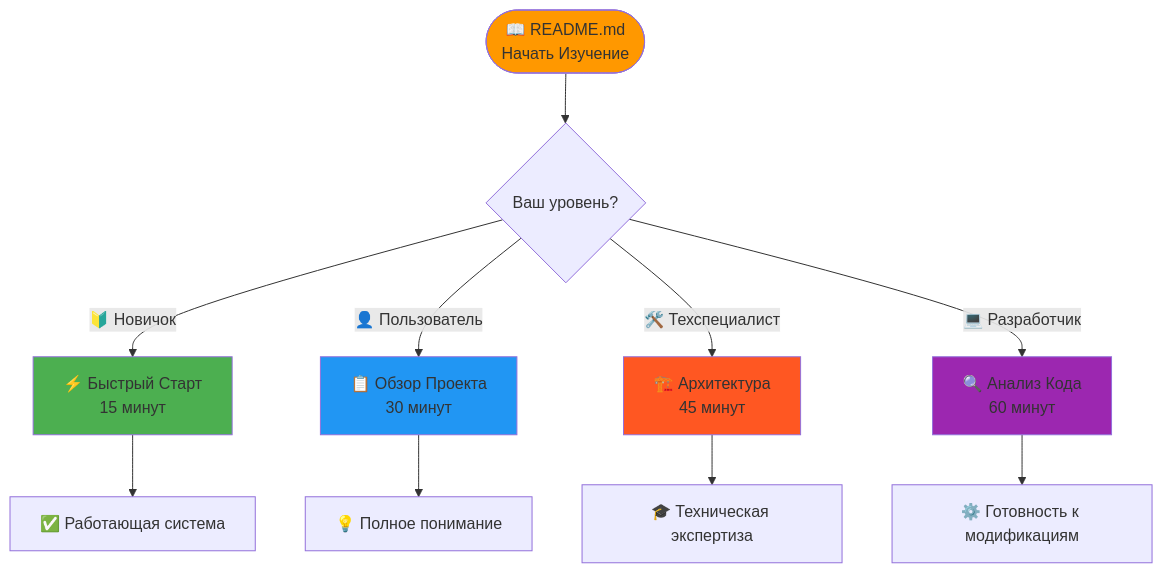
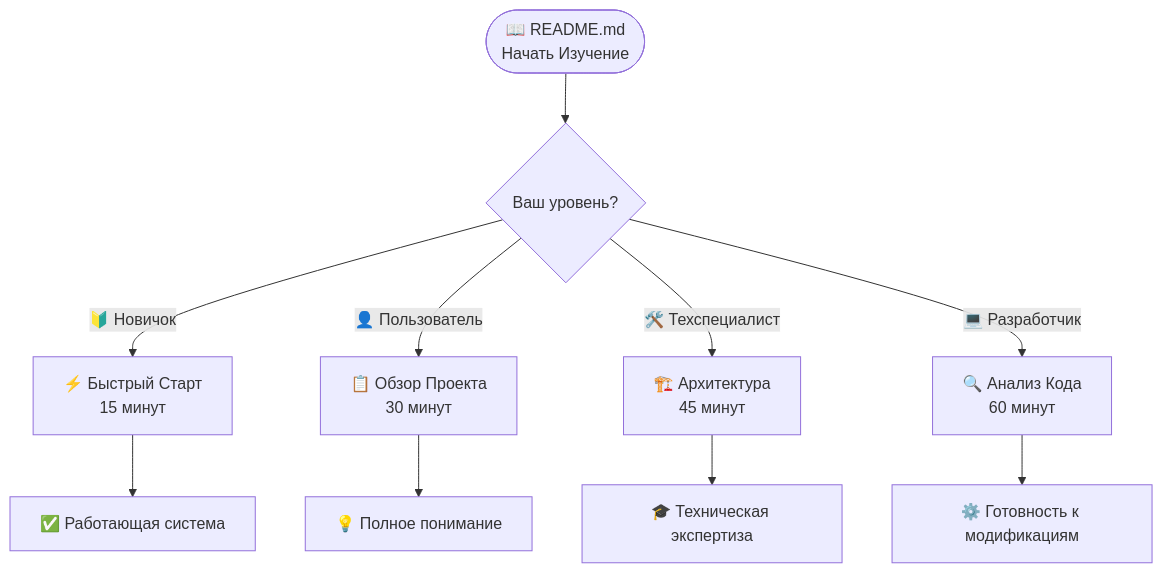
One commit to qagent567/esp_progect_PUB changed the second of 3 diagrams in README.md. Above: the diagram before and after it, drawn with Mermaid. The commit also changed other lines of this file, not shown here.

````diff
--- a/README.md
+++ b/README.md
@@ -328,20 +326,14 @@
 ```mermaid
 flowchart TD
- START([📖 README.md<br/>Начать Изучение]) --> LEVEL{Ваш уровень?}
- 
- LEVEL -->|🔰 Новичок| QUICK[⚡ Быстрый Старт<br/>15 минут]
- LEVEL -->|👤 Пользователь| OVERVIEW[📋 Обзор Проекта<br/>30 минут]
- LEVEL -->|🛠️ Техспециалист| ARCH[🏗️ Архитектура<br/>45 минут]
- LEVEL -->|💻 Разработчик| CODE[🔍 Анализ Кода<br/>60 минут]
- 
- QUICK --> RESULT1[✅ Работающая система]
- OVERVIEW --> RESULT2[💡 Полное понимание]
- ARCH --> RESULT3[🎓 Техническая экспертиза]
- CODE --> RESULT4[⚙️ Готовность к модификациям]
- 
- style START fill:#ff9800
- style QUICK fill:#4caf50
- style OVERVIEW fill:#2196f3
- style ARCH fill:#ff5722
- style CODE fill:#9c27b0
+    START(["📖 README.md<br/>Начать Изучение"]) --> LEVEL{"Ваш уровень?"}
+    
+    LEVEL -->|"🔰 Новичок"| QUICK["⚡ Быстрый Старт<br/>15 минут"]
+    LEVEL -->|"👤 Пользователь"| OVERVIEW["📋 Обзор Проекта<br/>30 минут"]
+    LEVEL -->|"🛠️ Техспециалист"| ARCH["🏗️ Архитектура<br/>45 минут"]
+    LEVEL -->|"💻 Разработчик"| CODE["🔍 Анализ Кода<br/>60 минут"]
+    
+    QUICK --> RESULT1["✅ Работающая система"]
+    OVERVIEW --> RESULT2["💡 Полное понимание"]
+    ARCH --> RESULT3["🎓 Техническая экспертиза"]
+    CODE --> RESULT4["⚙️ Готовность к модификациям"]
 ```
````
